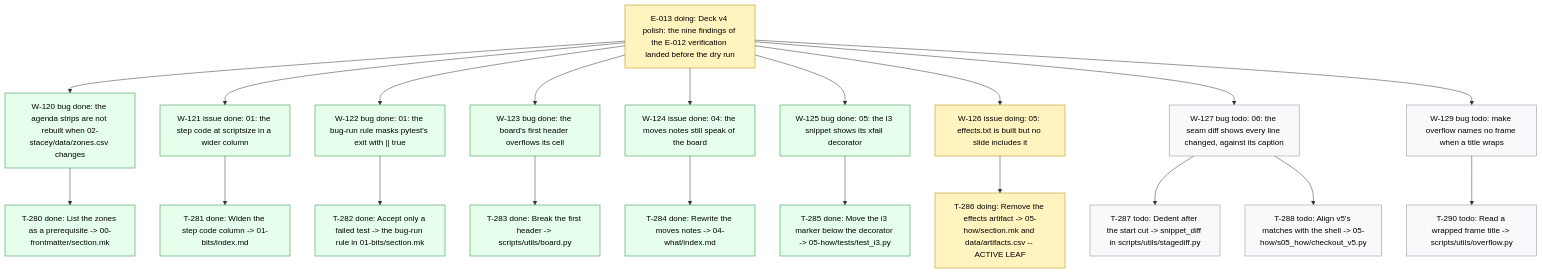
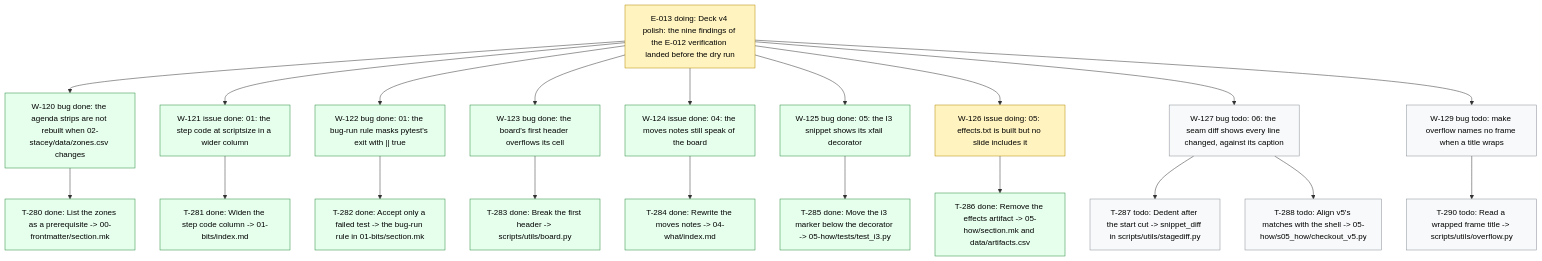
One commit to dpopchev/chaos-to-simple changed the diagram in .board/BOARD.md. Above: the diagram before and after it, drawn with Mermaid. The commit also changed other lines of this file and 1 other file, not shown here.

Commit message:
chore(board): close T-286 -- W-126 ready to land
Refs: W-126 T-286

````diff
--- a/.board/BOARD.md
+++ b/.board/BOARD.md
@@ -729,31 +729,31 @@
 ```mermaid
 flowchart TD
   E013["E-013 doing: Deck v4 polish: the nine findings of the E-012 verification landed before the dry run"]
   E013 --> W120["W-120 bug done: the agenda strips are not rebuilt when 02-stacey/data/zones.csv changes"]
   W120 --> T280["T-280 done: List the zones as a prerequisite -> 00-frontmatter/section.mk"]
   E013 --> W121["W-121 issue done: 01: the step code at scriptsize in a wider column"]
   W121 --> T281["T-281 done: Widen the step code column -> 01-bits/index.md"]
   E013 --> W122["W-122 bug done: 01: the bug-run rule masks pytest's exit with || true"]
   W122 --> T282["T-282 done: Accept only a failed test -> the bug-run rule in 01-bits/section.mk"]
   E013 --> W123["W-123 bug done: the board's first header overflows its cell"]
   W123 --> T283["T-283 done: Break the first header -> scripts/utils/board.py"]
   E013 --> W124["W-124 issue done: 04: the moves notes still speak of the board"]
   W124 --> T284["T-284 done: Rewrite the moves notes -> 04-what/index.md"]
   E013 --> W125["W-125 bug done: 05: the I3 snippet shows its xfail decorator"]
   W125 --> T285["T-285 done: Move the i3 marker below the decorator -> 05-how/tests/test_i3.py"]
   E013 --> W126["W-126 issue doing: 05: effects.txt is built but no slide includes it"]
-  W126 --> T286["T-286 doing: Remove the effects artifact -> 05-how/section.mk and data/artifacts.csv -- ACTIVE LEAF"]
+  W126 --> T286["T-286 done: Remove the effects artifact -> 05-how/section.mk and data/artifacts.csv"]
   E013 --> W127["W-127 bug todo: 06: the seam diff shows every line changed, against its caption"]
   W127 --> T287["T-287 todo: Dedent after the start cut -> snippet_diff in scripts/utils/stagediff.py"]
   W127 --> T288["T-288 todo: Align v5's matches with the shell -> 05-how/s05_how/checkout_v5.py"]
   E013 --> W129["W-129 bug todo: make overflow names no frame when a title wraps"]
   W129 --> T290["T-290 todo: Read a wrapped frame title -> scripts/utils/overflow.py"]
   classDef doing fill:#fff3bf,stroke:#b58900,color:#000;
   classDef blocked fill:#ffe3e3,stroke:#c92a2a,color:#000;
   classDef done fill:#e6ffed,stroke:#2b8a3e,color:#000;
   classDef todo fill:#f8f9fa,stroke:#868e96,color:#000;
   classDef pruned fill:#f1f3f5,stroke:#adb5bd,color:#000;
-  class E013,W126,T286 doing
-  class W120,T280,W121,T281,W122,T282,W123,T283,W124,T284,W125,T285 done
+  class E013,W126 doing
+  class W120,T280,W121,T281,W122,T282,W123,T283,W124,T284,W125,T285,T286 done
   class W127,T287,T288,W129,T290 todo
 ```
````
